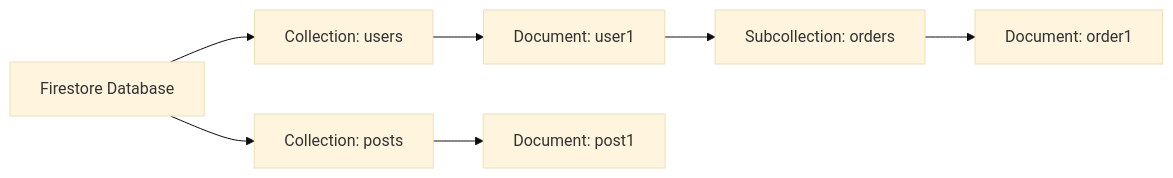
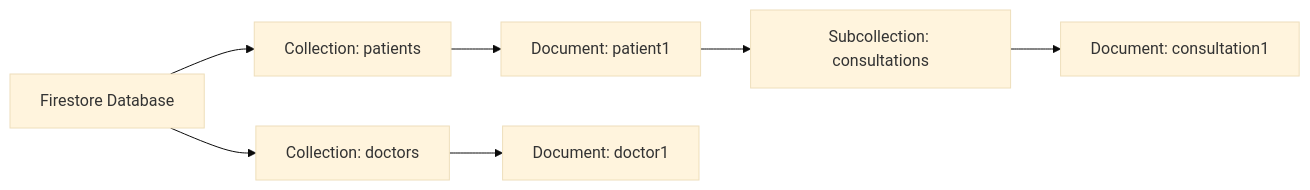
The first of 2 diagrams in firestore_rules.md (susmitpy/talks), drawn with Mermaid (base theme) before and after one commit. The commit also changed other lines of this file, not shown here.

````diff
--- a/firestore_rules.md
+++ b/firestore_rules.md
@@ -80,9 +80,9 @@
 ```mermaid
 graph LR
-    DB["Firestore Database"] --> CollectionA["Collection: users"]
-    DB --> CollectionB["Collection: posts"]
-    CollectionA --> DocumentA1["Document: user1"]
-    DocumentA1 --> SubcollectionA1["Subcollection: orders"]
-    SubcollectionA1 --> SubdocumentA1["Document: order1"]
-    CollectionB --> DocumentB1["Document: post1"]
+    DB["Firestore Database"] --> CollectionA["Collection: patients"]
+    DB --> CollectionB["Collection: doctors"]
+    CollectionA --> DocumentA1["Document: patient1"]
+    DocumentA1 --> SubcollectionA1["Subcollection: consultations"]
+    SubcollectionA1 --> SubdocumentA1["Document: consultation1"]
+    CollectionB --> DocumentB1["Document: doctor1"]
 ```
````
